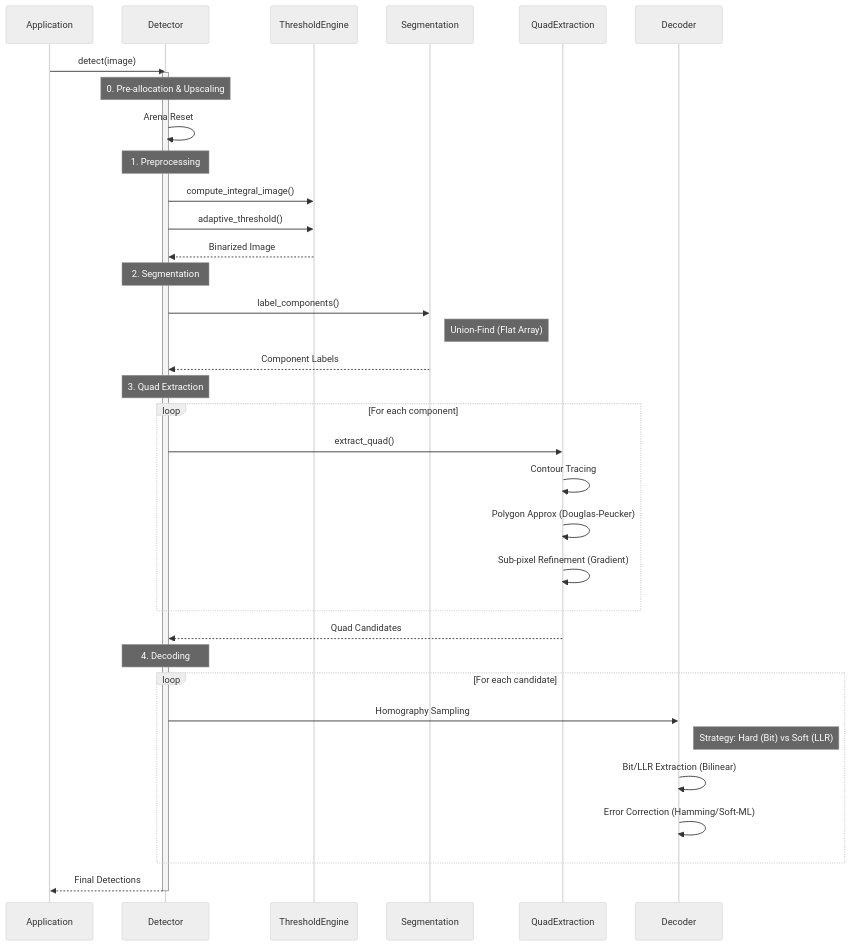
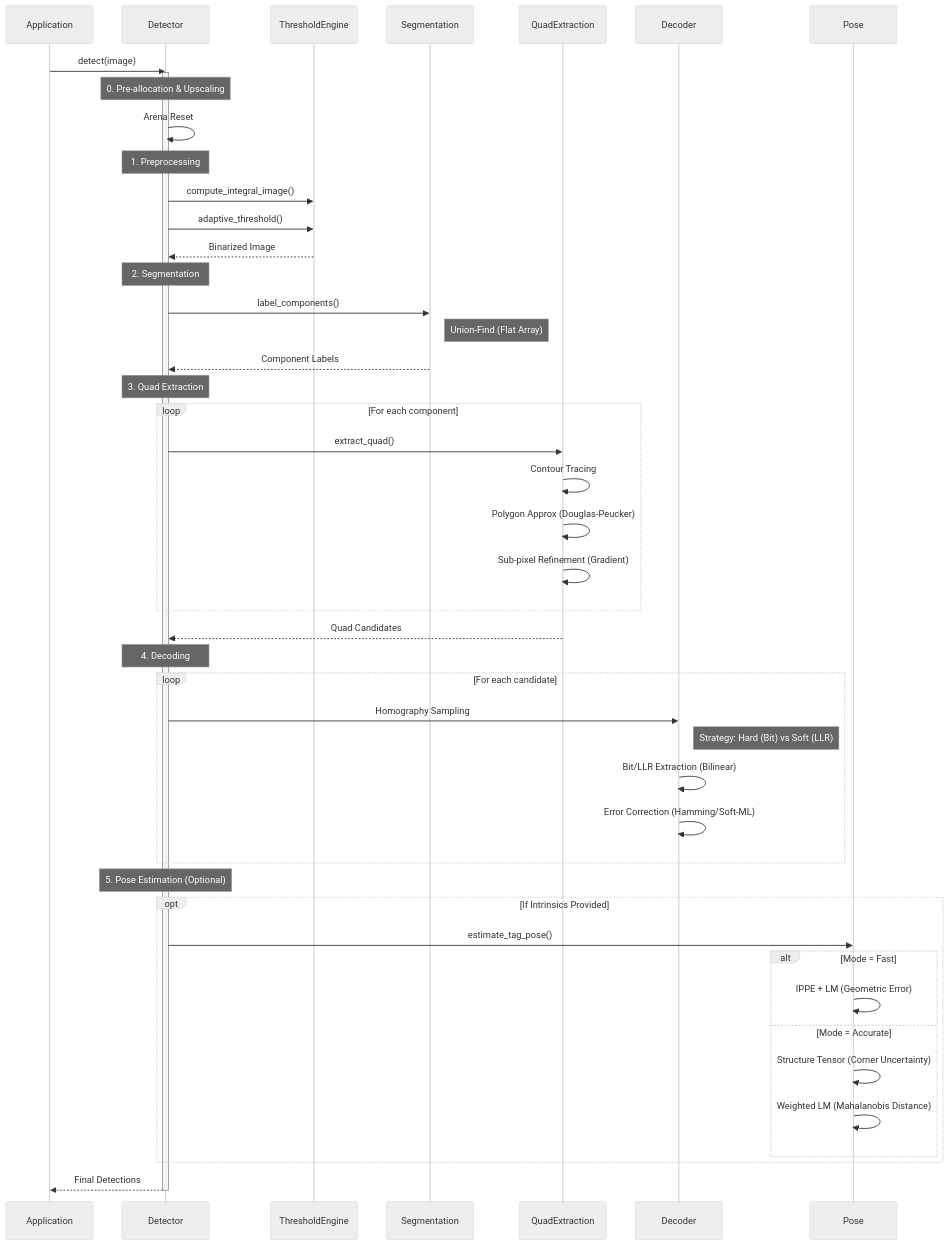
The second of 6 diagrams in docs/architecture.md (NoeFontana/locus-tag), drawn with Mermaid (neutral theme) before and after one commit. The commit also changed other lines of this file and 9 other files, not shown here.

Commit message:
feat: Implement accurate pose estimation with covariance using Structure Tensor and introduce `CameraIntrinsics` and `PoseEstimationMode`.

````diff
--- a/docs/architecture.md
+++ b/docs/architecture.md
@@ -28,45 +28,56 @@
 ```mermaid
 sequenceDiagram
     participant App as Application
     participant Det as Detector
     participant Thresh as ThresholdEngine
     participant Seg as Segmentation
     participant Quad as QuadExtraction
     participant Decode as Decoder
 
     App->>Det: detect(image)
     activate Det
     
     Note over Det: 0. Pre-allocation & Upscaling
     Det->>Det: Arena Reset
     
     Note over Det: 1. Preprocessing
     Det->>Thresh: compute_integral_image()
     Det->>Thresh: adaptive_threshold()
     Thresh-->>Det: Binarized Image
     
     Note over Det: 2. Segmentation
     Det->>Seg: label_components()
     Note right of Seg: Union-Find (Flat Array)
     Seg-->>Det: Component Labels
     
     Note over Det: 3. Quad Extraction
     loop For each component
         Det->>Quad: extract_quad()
         Quad->>Quad: Contour Tracing
         Quad->>Quad: Polygon Approx (Douglas-Peucker)
         Quad->>Quad: Sub-pixel Refinement (Gradient)
     end
     Quad-->>Det: Quad Candidates
     
     Note over Det: 4. Decoding
     loop For each candidate
         Det->>Decode: Homography Sampling
         Note right of Decode: Strategy: Hard (Bit) vs Soft (LLR)
         Decode->>Decode: Bit/LLR Extraction (Bilinear)
         Decode->>Decode: Error Correction (Hamming/Soft-ML)
     end
     
+    Note over Det: 5. Pose Estimation (Optional)
+    opt If Intrinsics Provided
+        Det->>Pose: estimate_tag_pose()
+        alt Mode = Fast
+            Pose->>Pose: IPPE + LM (Geometric Error)
+        else Mode = Accurate
+            Pose->>Pose: Structure Tensor (Corner Uncertainty)
+            Pose->>Pose: Weighted LM (Mahalanobis Distance)
+        end
+    end
+
     Det-->>App: Final Detections
     deactivate Det
 ```
````
